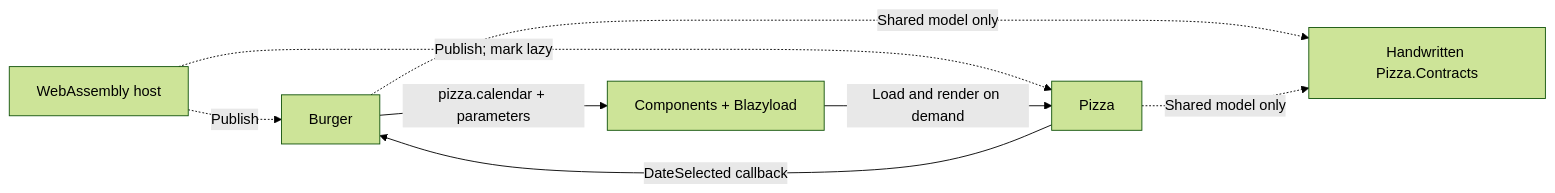
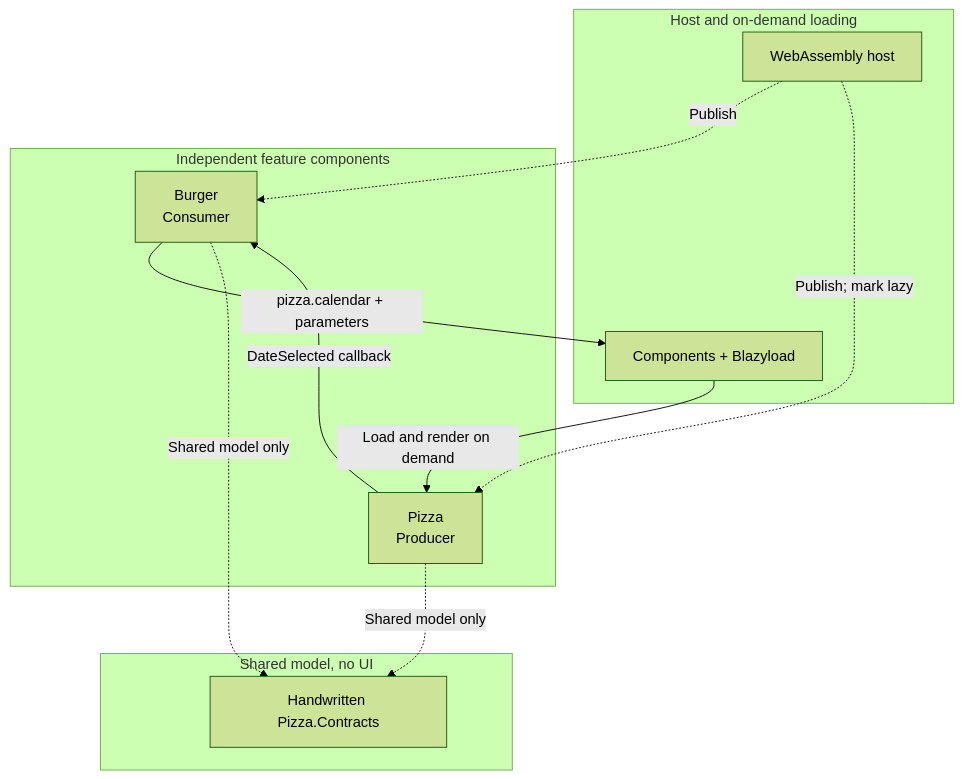
One commit to RonSijm/RonSijm.Blazyload.Components changed the diagram in Examples/Simple/README.md. Above: the diagram before and after it, drawn with Mermaid (forest theme). The commit also changed other lines of this file and 35 other files, not shown here.

````diff
--- a/Examples/Simple/README.md
+++ b/Examples/Simple/README.md
@@ -106,10 +108,24 @@
 ```mermaid
-flowchart LR
-    host["WebAssembly host"] -.->|"Publish"| burger["Burger"]
-    host -.->|"Publish; mark lazy"| pizza["Pizza"]
-    burger -->|"pizza.calendar + parameters"| runtime["Components + Blazyload"]
+flowchart TB
+    subgraph host_loading["Host and on-demand loading"]
+        host["WebAssembly host"]
+        runtime["Components + Blazyload"]
+    end
+
+    subgraph features["Independent feature components"]
+        burger["Burger<br/>Consumer"]
+        pizza["Pizza<br/>Producer"]
+    end
+
+    subgraph shared_contract["Shared model, no UI"]
+        contracts["Handwritten Pizza.Contracts"]
+    end
+
+    host -.->|"Publish"| burger
+    host -.->|"Publish; mark lazy"| pizza
+    burger -->|"pizza.calendar + parameters"| runtime
     runtime -->|"Load and render on demand"| pizza
     pizza -->|"DateSelected callback"| burger
-    burger -.->|"Shared model only"| contracts["Handwritten Pizza.Contracts"]
+    burger -.->|"Shared model only"| contracts
     pizza -.->|"Shared model only"| contracts
 ```
````
